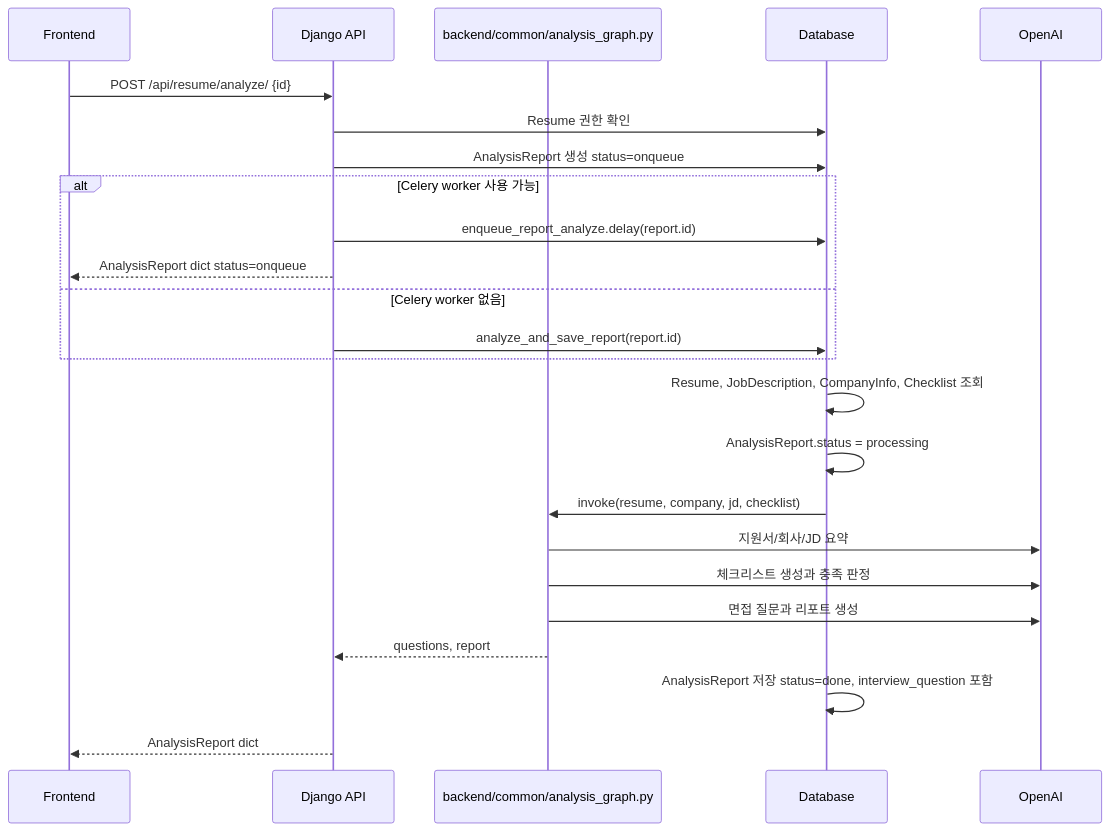
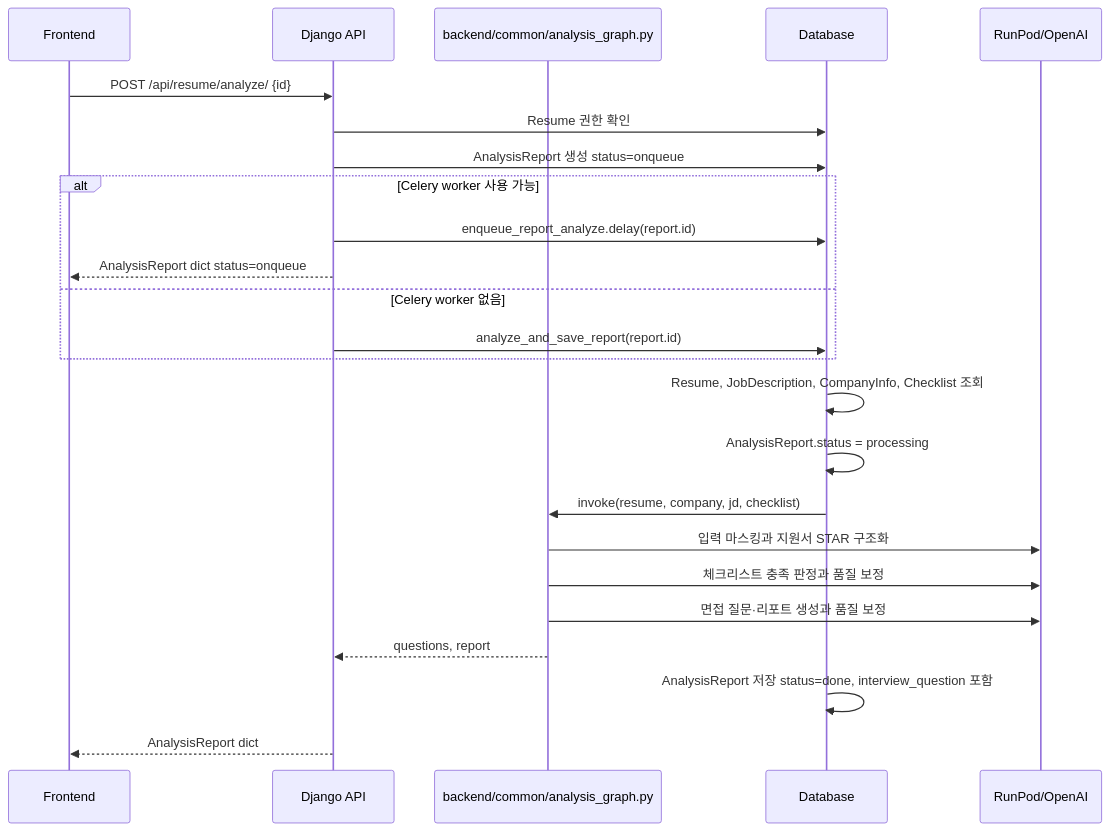
One commit to SKN26-Final-1st/Final_project changed the second of 3 diagrams in docs/02-architecture/data-flow.md. Above: the diagram before and after it, drawn with Mermaid. The commit also changed other lines of this file and 2 other files, not shown here.

First line of the commit message:
docs(architecture): refresh system structure and flows

````diff
--- a/docs/02-architecture/data-flow.md
+++ b/docs/02-architecture/data-flow.md
@@ -54,27 +56,27 @@
 ```mermaid
 sequenceDiagram
   participant UI as Frontend
   participant API as Django API
   participant Report as backend/common/analysis_graph.py
   participant DB as Database
-  participant LLM as OpenAI
+  participant Models as RunPod/OpenAI
 
   UI->>API: POST /api/resume/analyze/ {id}
   API->>DB: Resume 권한 확인
   API->>DB: AnalysisReport 생성 status=onqueue
   alt Celery worker 사용 가능
     API->>DB: enqueue_report_analyze.delay(report.id)
     API-->>UI: AnalysisReport dict status=onqueue
   else Celery worker 없음
     API->>DB: analyze_and_save_report(report.id)
   end
   DB->>DB: Resume, JobDescription, CompanyInfo, Checklist 조회
   DB->>DB: AnalysisReport.status = processing
   DB->>Report: invoke(resume, company, jd, checklist)
-  Report->>LLM: 지원서/회사/JD 요약
-  Report->>LLM: 체크리스트 생성과 충족 판정
-  Report->>LLM: 면접 질문과 리포트 생성
+  Report->>Models: 입력 마스킹과 지원서 STAR 구조화
+  Report->>Models: 체크리스트 충족 판정과 품질 보정
+  Report->>Models: 면접 질문·리포트 생성과 품질 보정
   Report-->>API: questions, report
   DB->>DB: AnalysisReport 저장 status=done, interview_question 포함
   API-->>UI: AnalysisReport dict
 ```
````
